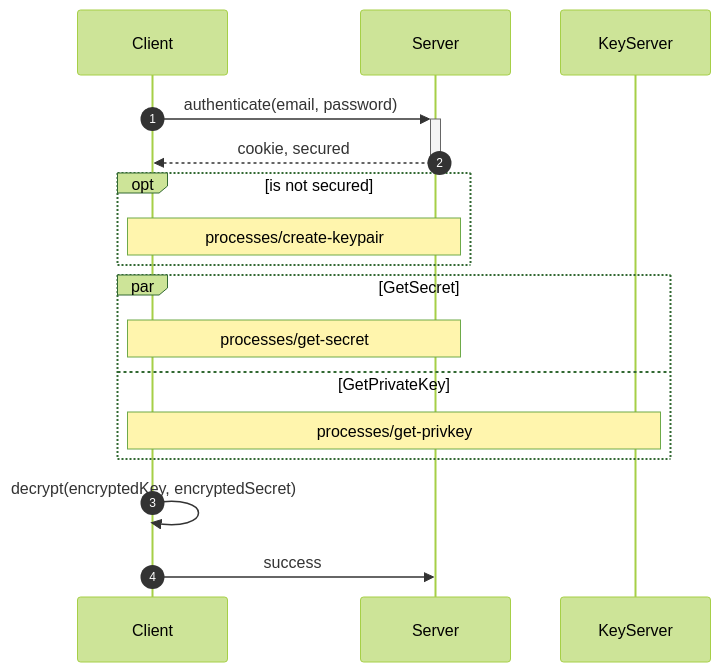
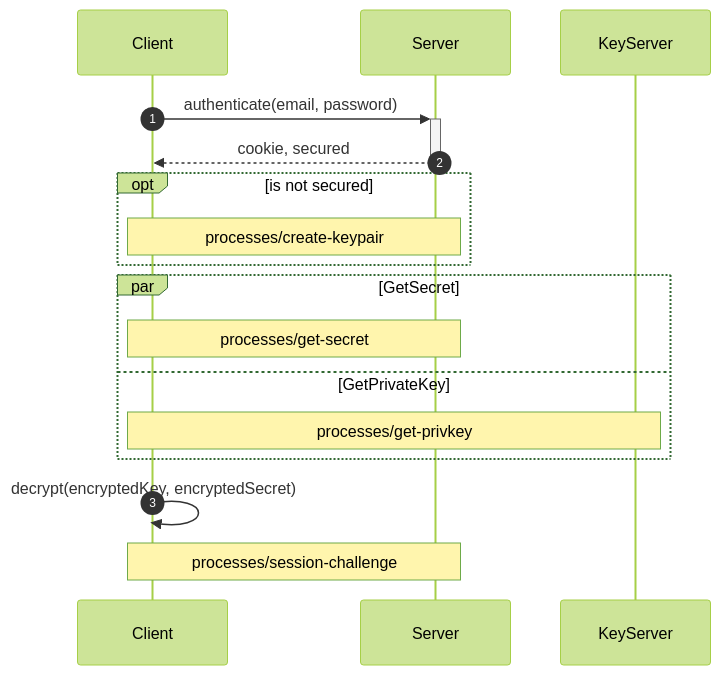
One commit to insight-out/security-concept changed the diagram in docs/contents/usecases/login.rst. Above: the diagram before and after it, drawn with Mermaid (forest theme). The commit also changed other lines of this file and 2 other files, not shown here.

Commit message:
New: session challenge added

```diff
--- a/docs/contents/usecases/login.rst
+++ b/docs/contents/usecases/login.rst
@@ -5,16 +5,16 @@
 .. mermaid::
 
     sequenceDiagram;
         autonumber
         Client->>+Server: authenticate(email, password)
         Server-->>-Client: cookie, secured
         opt is not secured
         Note over Client,Server: processes/create-keypair
         end
         par GetSecret
         Note over Client,Server: processes/get-secret
         and GetPrivateKey
         Note over Client,KeyServer: processes/get-privkey
         end
         Client->>Client: decrypt(encryptedKey, encryptedSecret)
-        Client->>Server: success
+        Note over Client,Server: processes/session-challenge
```
